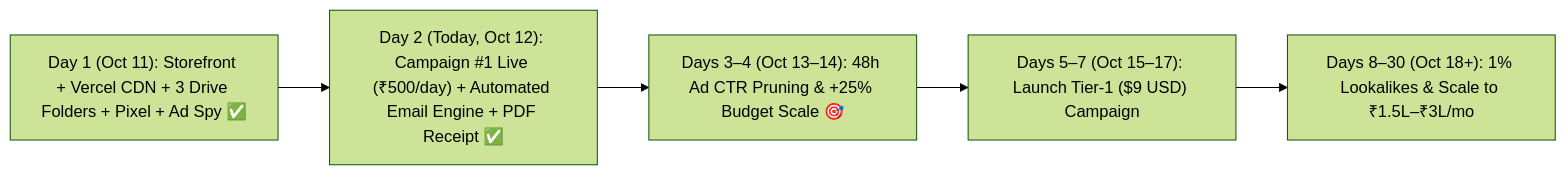
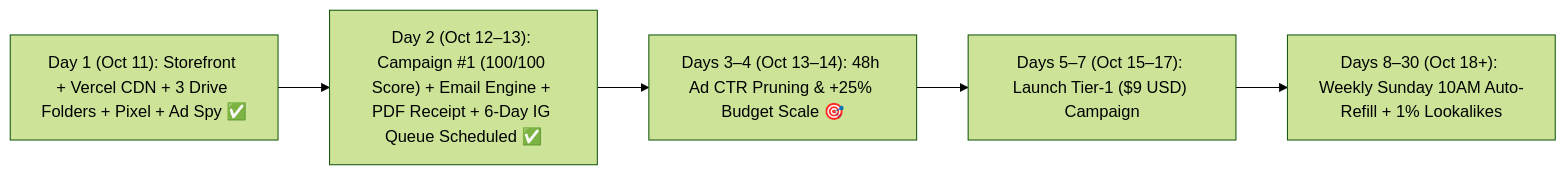
The diagram in docs/ROADMAP.md (wandringspirit/personalabs-academy), drawn with Mermaid (forest theme) before and after one commit. The commit also changed other lines of this file and 4 other files, not shown here.

Commit message:
docs: add root README.md and update v2.9.1 documentation across CHANGES, ROADMAP, LAUNCH_OPERATIONS_MANUAL, and ARCHITECTURE

````diff
--- a/docs/ROADMAP.md
+++ b/docs/ROADMAP.md
@@ -5,7 +5,7 @@
 ```mermaid
 flowchart LR
-    A["Day 1 (Oct 11): Storefront + Vercel CDN + 3 Drive Folders + Pixel + Ad Spy ✅"] --> B["Day 2 (Today, Oct 12): Campaign #1 Live (₹500/day) + Automated Email Engine + PDF Receipt ✅"]
+    A["Day 1 (Oct 11): Storefront + Vercel CDN + 3 Drive Folders + Pixel + Ad Spy ✅"] --> B["Day 2 (Oct 12–13): Campaign #1 (100/100 Score) + Email Engine + PDF Receipt + 6-Day IG Queue Scheduled ✅"]
     B --> C["Days 3–4 (Oct 13–14): 48h Ad CTR Pruning & +25% Budget Scale 🎯"]
     C --> D["Days 5–7 (Oct 15–17): Launch Tier-1 ($9 USD) Campaign"]
-    D --> E["Days 8–30 (Oct 18+): 1% Lookalikes & Scale to ₹1.5L–₹3L/mo"]
+    D --> E["Days 8–30 (Oct 18+): Weekly Sunday 10AM Auto-Refill + 1% Lookalikes"]
 ```
````
